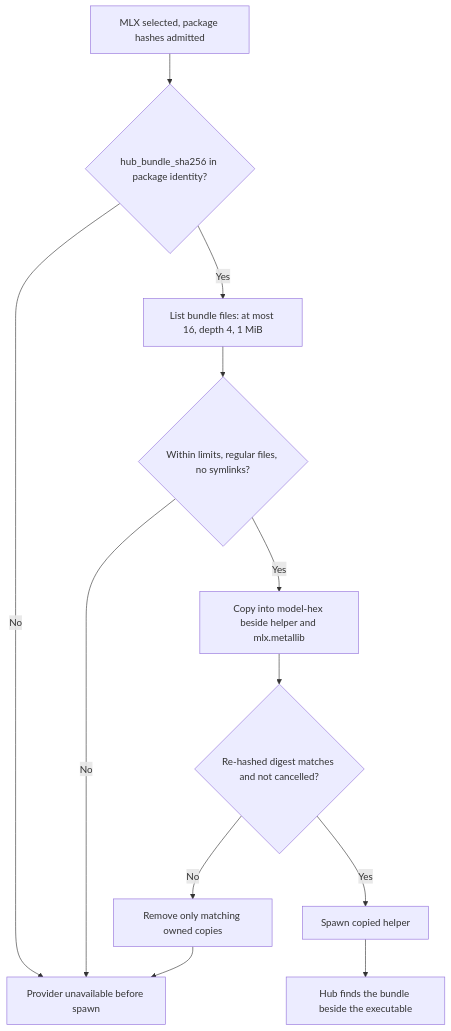
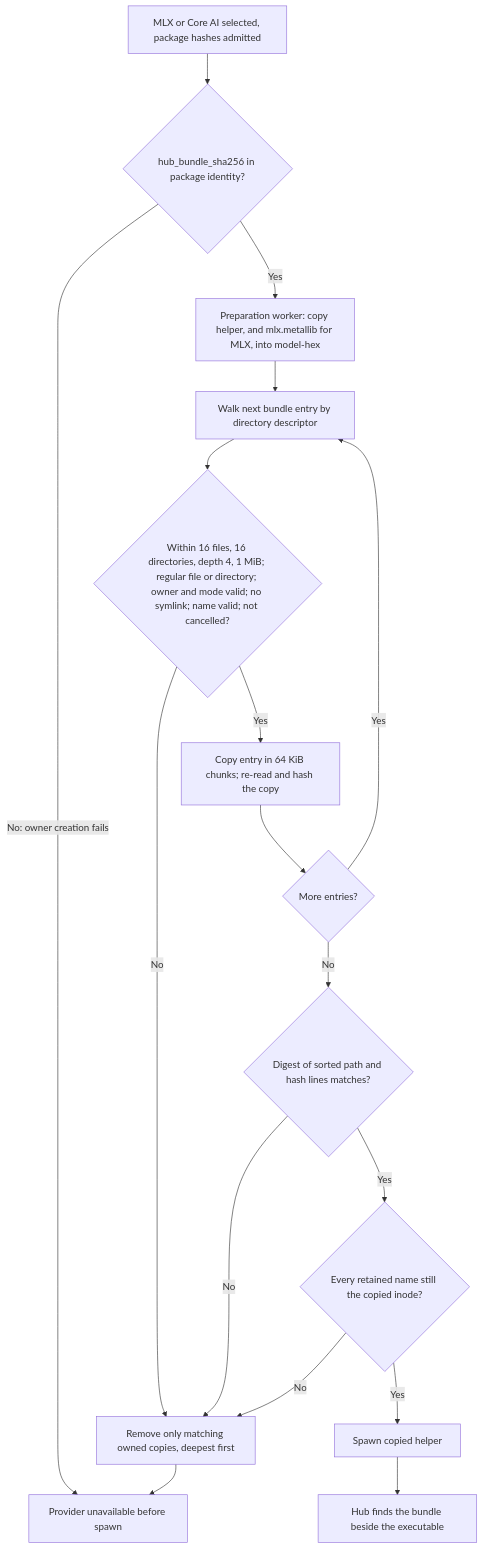
Before and after one commit to pidster/asura: the fifth of 6 diagrams in docs/designs/release-signing.md, drawn with Mermaid. The commit also changed other lines of this file and 8 other files, not shown here.

First line of the commit message:
Ship the Hub resource bundle beside the model helper (BN1)

````diff
--- a/docs/designs/release-signing.md
+++ b/docs/designs/release-signing.md
@@ -707,14 +786,19 @@
 ```mermaid
 flowchart TD
-    Sel["MLX selected, package hashes admitted"] --> Has{"hub_bundle_sha256 in package identity?"}
-    Has -->|No| Fail["Provider unavailable before spawn"]
-    Has -->|Yes| Walk["List bundle files: at most 16, depth 4, 1 MiB"]
-    Walk --> Lim{"Within limits, regular files, no symlinks?"}
-    Lim -->|No| Fail
-    Lim -->|Yes| Copy["Copy into model-hex beside helper and mlx.metallib"]
-    Copy --> Dig{"Re-hashed digest matches and not cancelled?"}
-    Dig -->|No| Clean["Remove only matching owned copies"]
+    Sel["MLX or Core AI selected, package hashes admitted"] --> Has{"hub_bundle_sha256 in package identity?"}
+    Has -->|"No: owner creation fails"| Fail["Provider unavailable before spawn"]
+    Has -->|Yes| Prep["Preparation worker: copy helper, and mlx.metallib for MLX, into model-hex"]
+    Prep --> Walk["Walk next bundle entry by directory descriptor"]
+    Walk --> Lim{"Within 16 files, 16 directories, depth 4, 1 MiB; regular file or directory; owner and mode valid; no symlink; name valid; not cancelled?"}
+    Lim -->|No| Clean["Remove only matching owned copies, deepest first"]
+    Lim -->|Yes| Copy["Copy entry in 64 KiB chunks; re-read and hash the copy"]
+    Copy --> More{"More entries?"}
+    More -->|Yes| Walk
+    More -->|No| Dig{"Digest of sorted path and hash lines matches?"}
+    Dig -->|No| Clean
     Clean --> Fail
-    Dig -->|Yes| Spawn["Spawn copied helper"]
+    Dig -->|Yes| Names{"Every retained name still the copied inode?"}
+    Names -->|No| Clean
+    Names -->|Yes| Spawn["Spawn copied helper"]
     Spawn --> Load["Hub finds the bundle beside the executable"]
 ```
````
